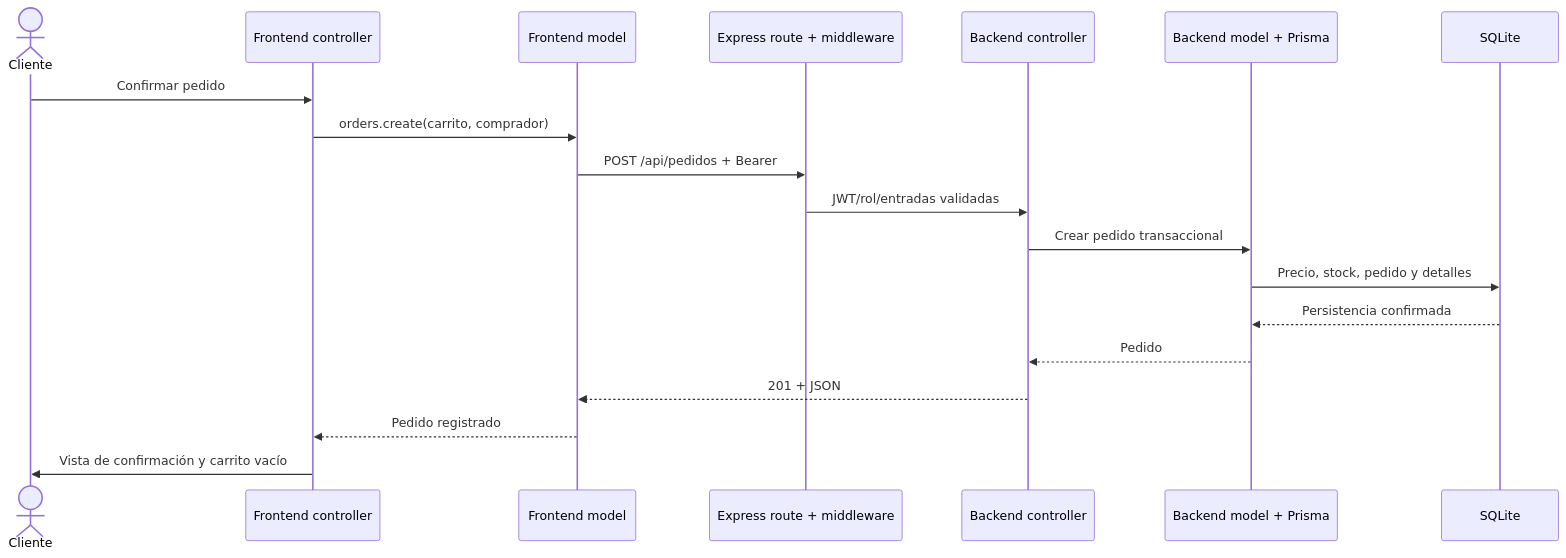
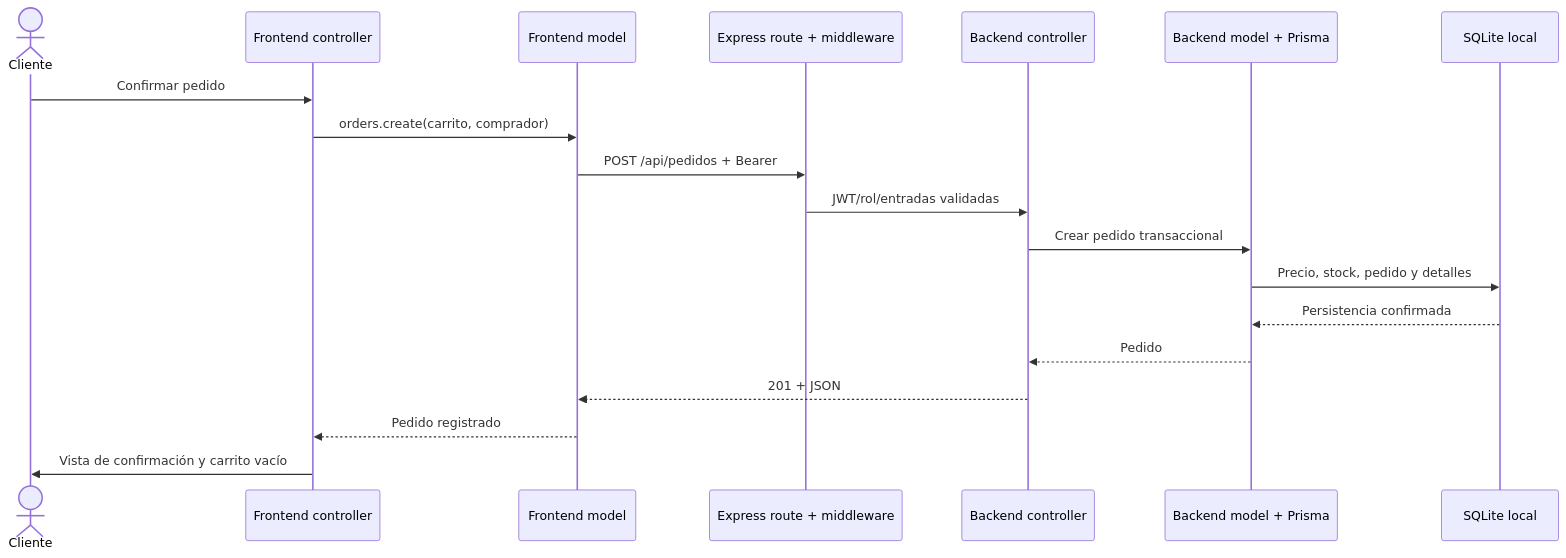
Before and after one commit to elkin2004olmedoch-dotcom/Farmacia-Reyna-del-Cisne: the diagram in docs/auditorias/reto2/01-arquitectura-mvc.md, drawn with Mermaid. The commit also changed other lines of this file and 56 other files, not shown here.

````diff
--- a/docs/auditorias/reto2/01-arquitectura-mvc.md
+++ b/docs/auditorias/reto2/01-arquitectura-mvc.md
@@ -24,21 +26,21 @@
 ```mermaid
 sequenceDiagram
   actor Cliente
   participant Controlador as Frontend controller
   participant Modelo as Frontend model
   participant Ruta as Express route + middleware
   participant HTTP as Backend controller
   participant Datos as Backend model + Prisma
-  participant BD as SQLite
+  participant BD as SQLite local
   Cliente->>Controlador: Confirmar pedido
   Controlador->>Modelo: orders.create(carrito, comprador)
   Modelo->>Ruta: POST /api/pedidos + Bearer
   Ruta->>HTTP: JWT/rol/entradas validadas
   HTTP->>Datos: Crear pedido transaccional
   Datos->>BD: Precio, stock, pedido y detalles
   BD-->>Datos: Persistencia confirmada
   Datos-->>HTTP: Pedido
   HTTP-->>Modelo: 201 + JSON
   Modelo-->>Controlador: Pedido registrado
   Controlador->>Cliente: Vista de confirmación y carrito vacío
 ```
````
